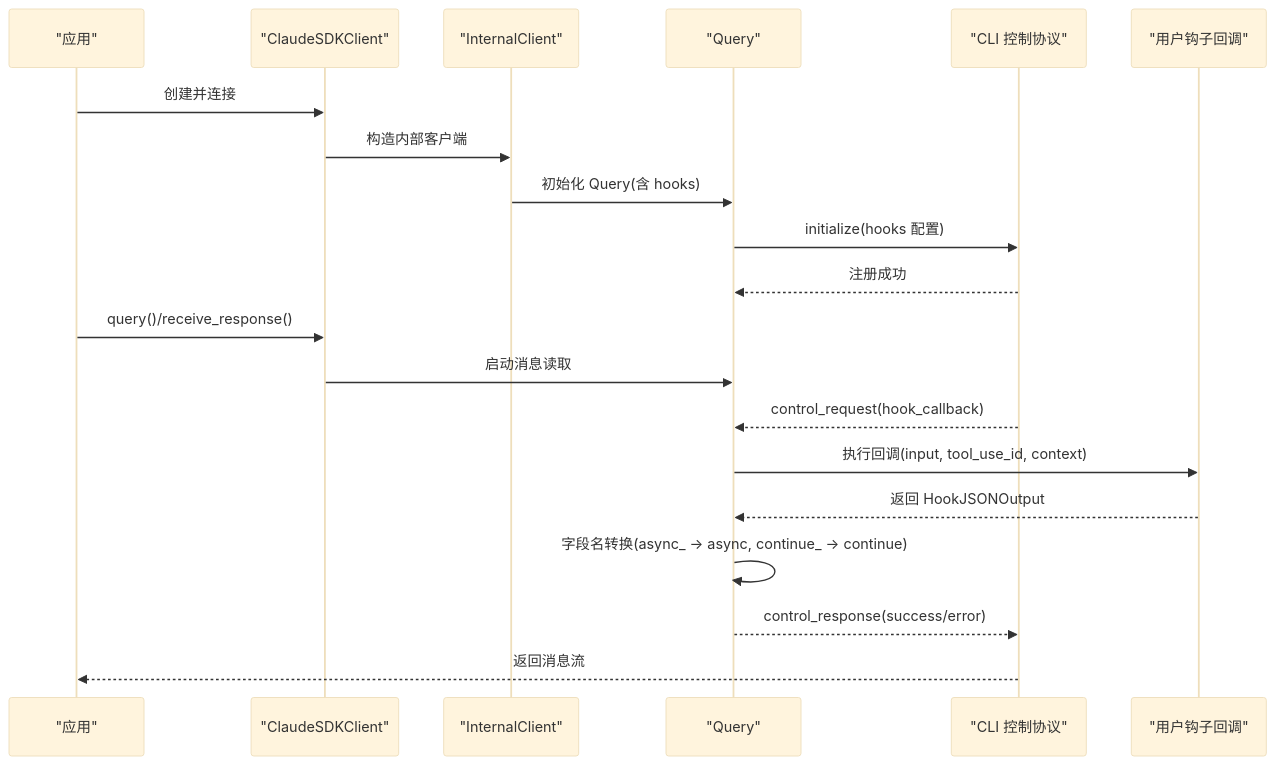
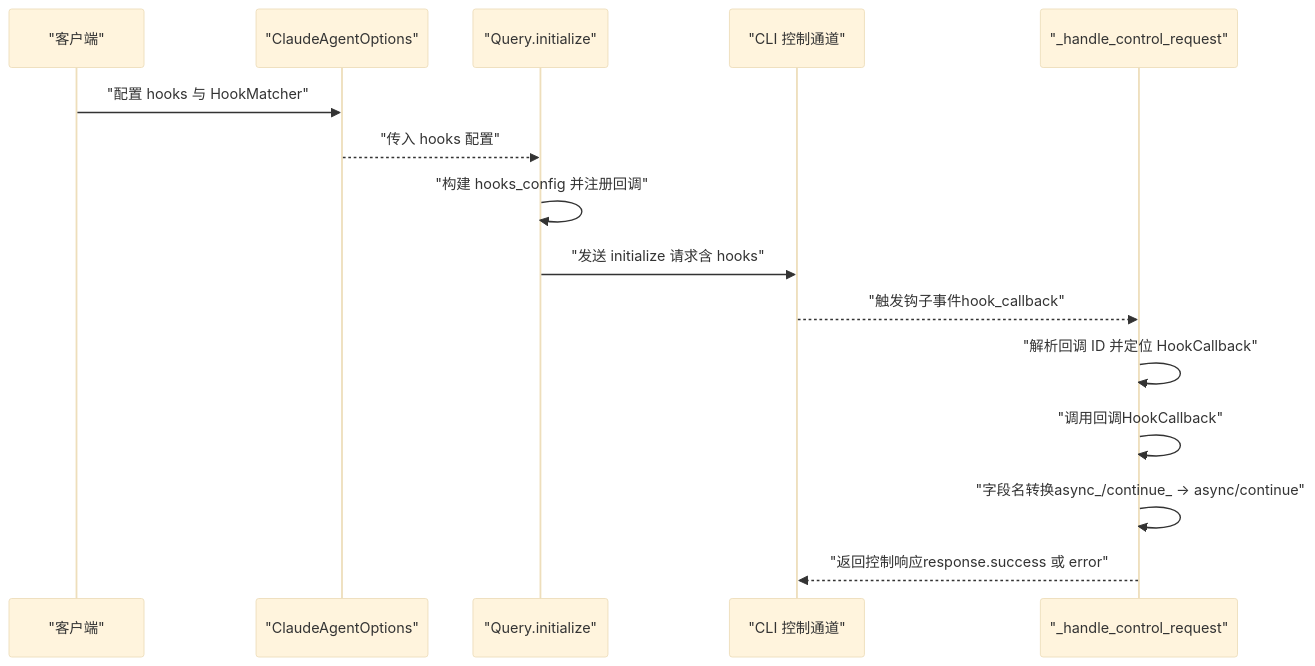
One commit to defulat-coder/claude-agent-sdk-python changed the second of 7 diagrams in .qoder/repowiki/zh/content/高级功能/钩子系统/钩子系统.md. Above: the diagram before and after it, drawn with Mermaid (base theme). The commit also changed other lines of this file and 77 other files, not shown here.

````diff
--- a/.qoder/repowiki/zh/content/高级功能/钩子系统/钩子系统.md
+++ b/.qoder/repowiki/zh/content/高级功能/钩子系统/钩子系统.md
@@ -98,22 +96,17 @@
 ```mermaid
 sequenceDiagram
-participant App as "应用"
-participant Client as "ClaudeSDKClient"
-participant IntClient as "InternalClient"
-participant Query as "Query"
-participant CLI as "CLI 控制协议"
-participant Hook as "用户钩子回调"
-App->>Client : 创建并连接
-Client->>IntClient : 构造内部客户端
-IntClient->>Query : 初始化 Query(含 hooks)
-Query->>CLI : initialize(hooks 配置)
-CLI-->>Query : 注册成功
-App->>Client : query()/receive_response()
-Client->>Query : 启动消息读取
-CLI-->>Query : control_request(hook_callback)
-Query->>Hook : 执行回调(input, tool_use_id, context)
-Hook-->>Query : 返回 HookJSONOutput
-Query->>Query : 字段名转换(async_ -> async, continue_ -> continue)
-Query-->>CLI : control_response(success/error)
-CLI-->>App : 返回消息流
+participant Client as "客户端"
+participant Options as "ClaudeAgentOptions"
+participant Query as "Query.initialize"
+participant CLI as "CLI 控制通道"
+participant Handler as "_handle_control_request"
+Client->>Options : "配置 hooks 与 HookMatcher"
+Options-->>Query : "传入 hooks 配置"
+Query->>Query : "构建 hooks_config 并注册回调"
+Query->>CLI : "发送 initialize 请求含 hooks"
+CLI-->>Handler : "触发钩子事件hook_callback"
+Handler->>Handler : "解析回调 ID 并定位 HookCallback"
+Handler->>Handler : "调用回调HookCallback"
+Handler->>Handler : "字段名转换async_/continue_ -> async/continue"
+Handler-->>CLI : "返回控制响应response.success 或 error"
 ```
````
